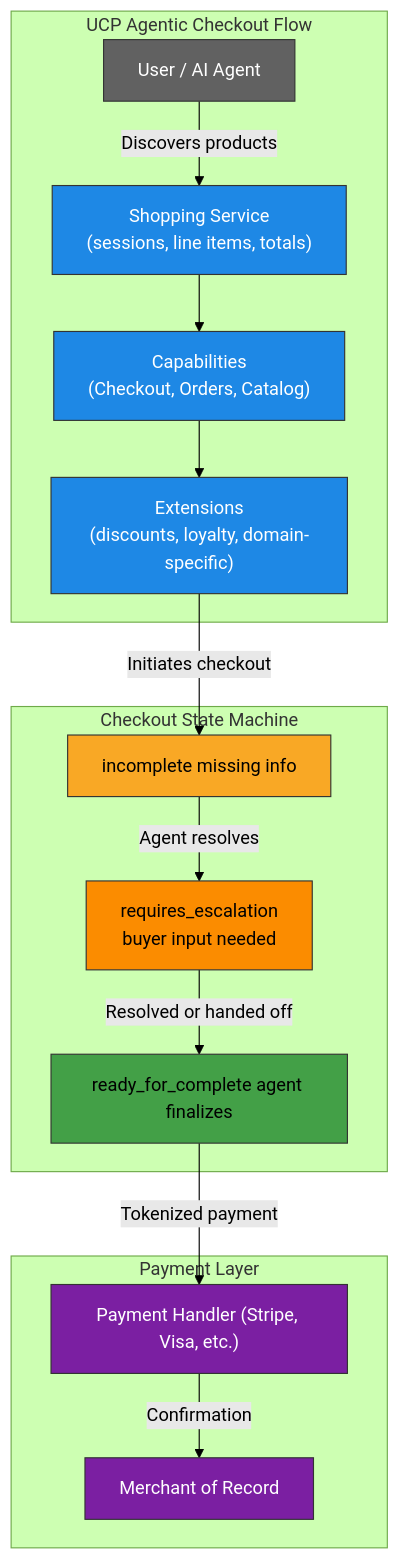
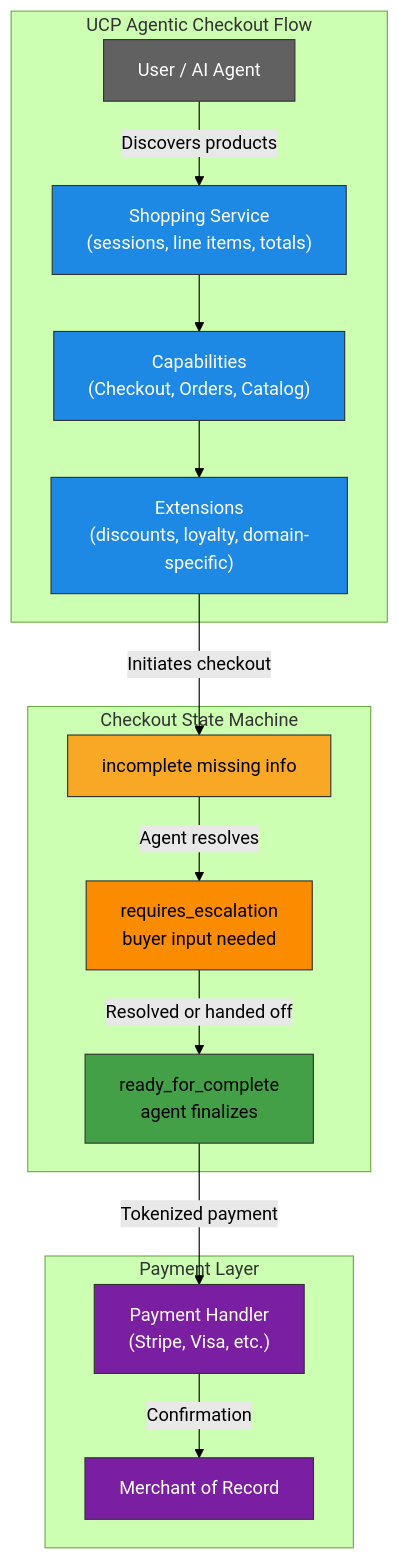
One commit to bilarikan/bilarikan.github.io changed the third of 5 diagrams in content/posts/google-quietly-building-agentic-web/index.md. Above: the diagram before and after it, drawn with Mermaid (forest theme). The commit also changed other lines of this file, not shown here.

```diff
--- a/content/posts/google-quietly-building-agentic-web/index.md
+++ b/content/posts/google-quietly-building-agentic-web/index.md
@@ -101,32 +101,32 @@
 {{< mermaid >}}
 graph TD
     subgraph "UCP Agentic Checkout Flow"
         U[User / AI Agent] -->|"Discovers products"| S["Shopping Service<br/>(sessions, line items, totals)"]
-        S --> CAP["Capabilities\n(Checkout, Orders, Catalog)"]
-        CAP --> EXT["Extensions\n(discounts, loyalty, domain-specific)"]
+        S --> CAP["Capabilities<br/>(Checkout, Orders, Catalog)"]
+        CAP --> EXT["Extensions<br/>(discounts, loyalty, domain-specific)"]
     end
 
     EXT -->|"Initiates checkout"| I
 
     subgraph "Checkout State Machine"
         I["incomplete missing info"] -->|"Agent resolves"| RE["requires_escalation<br/>buyer input needed"]
-        RE -->|"Resolved or handed off"| R["ready_for_complete agent finalizes"]
+        RE -->|"Resolved or handed off"| R["ready_for_complete<br/>agent finalizes"]
     end
 
     R -->|"Tokenized payment"| PH
 
     subgraph "Payment Layer"
-        PH["Payment Handler (Stripe, Visa, etc.)"]
+        PH["Payment Handler<br/>(Stripe, Visa, etc.)"]
         PH -->|"Confirmation"| M["Merchant of Record"]
     end
 
     style U fill:#616161,stroke:#333,color:#fff
     style S fill:#1e88e5,stroke:#333,color:#fff
     style CAP fill:#1e88e5,stroke:#333,color:#fff
     style EXT fill:#1e88e5,stroke:#333,color:#fff
     style I fill:#f9a825,stroke:#333
     style RE fill:#fb8c00,stroke:#333
     style R fill:#43a047,stroke:#333
     style PH fill:#7b1fa2,stroke:#333,color:#fff
     style M fill:#7b1fa2,stroke:#333,color:#fff
 {{< /mermaid >}}
```
